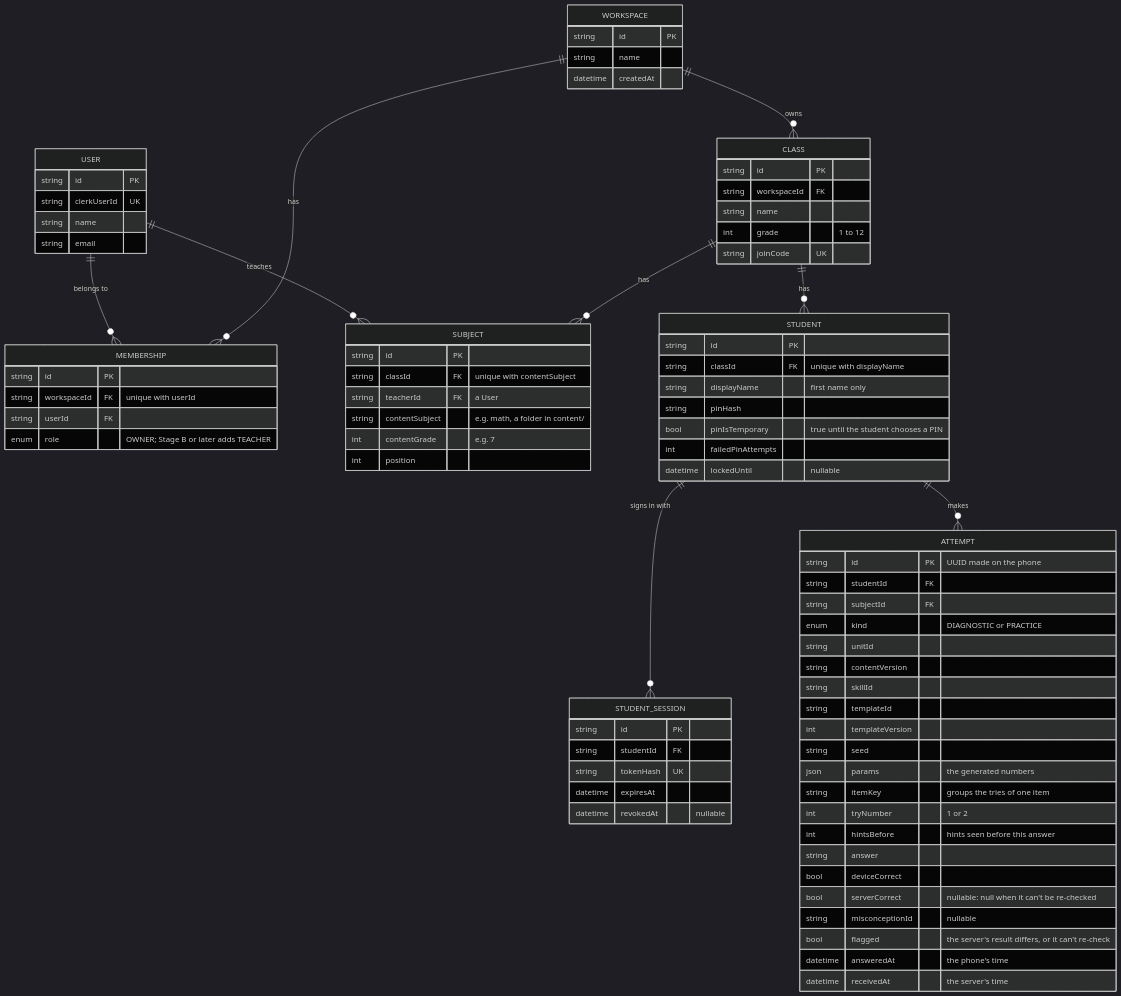
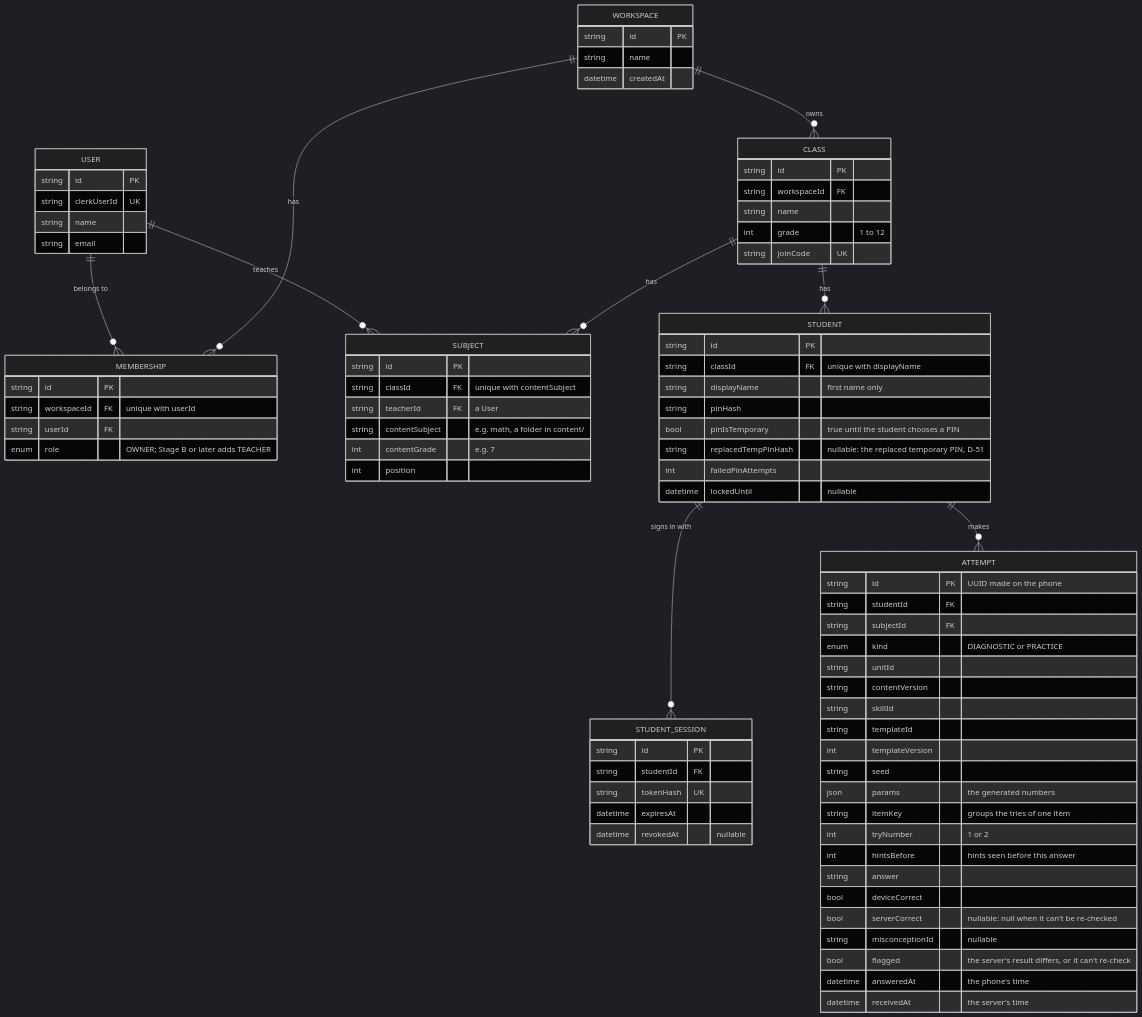
One commit to Majed-RO/darsi changed the second of 2 diagrams in docs/plan/02-architecture.md. Above: the diagram before and after it, drawn with Mermaid (dark theme). The commit also changed other lines of this file and 5 other files, not shown here.

Commit message:
docs: state what the temporary PIN guarantees (D-51)

```diff
--- a/docs/plan/02-architecture.md
+++ b/docs/plan/02-architecture.md
@@ -171,6 +171,7 @@
     string displayName "first name only"
     string pinHash
     bool pinIsTemporary "true until the student chooses a PIN"
+    string replacedTempPinHash "nullable: the replaced temporary PIN, D-51"
     int failedPinAttempts
     datetime lockedUntil "nullable"
   }
```
